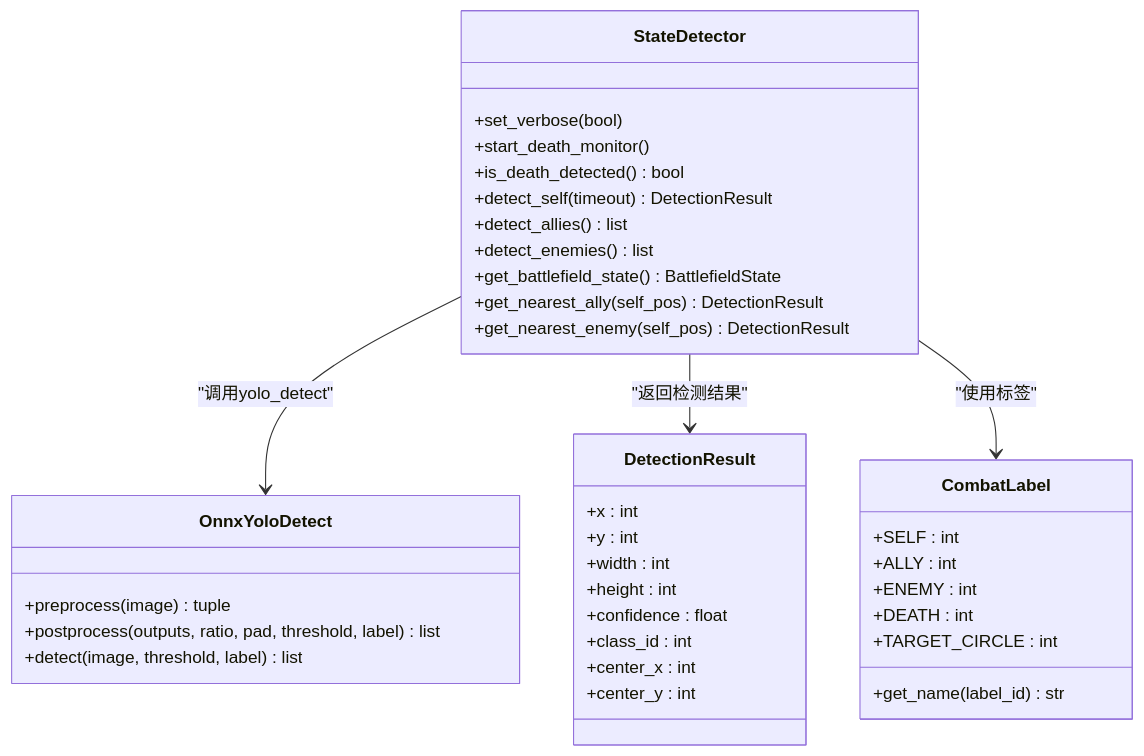
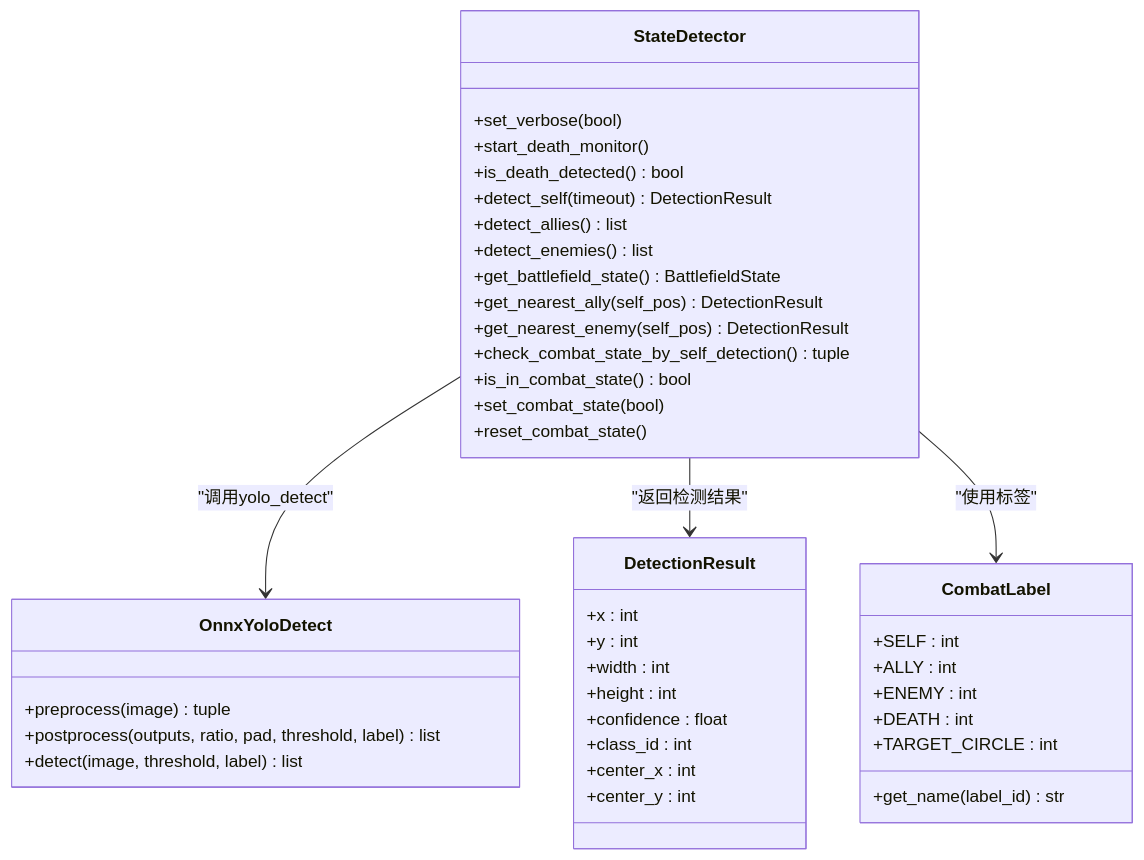
One commit to xsy098-max/ok-jump changed the third of 9 diagrams in .qoder/repowiki/zh/content/战斗系统/战斗系统.md. Above: the diagram before and after it, drawn with Mermaid. The commit also changed other lines of this file and 28 other files, not shown here.

````diff
--- a/.qoder/repowiki/zh/content/战斗系统/战斗系统.md
+++ b/.qoder/repowiki/zh/content/战斗系统/战斗系统.md
@@ -162,40 +167,44 @@
 ```mermaid
 classDiagram
 class StateDetector {
 +set_verbose(bool)
 +start_death_monitor()
 +is_death_detected() bool
 +detect_self(timeout) DetectionResult
 +detect_allies() list
 +detect_enemies() list
 +get_battlefield_state() BattlefieldState
 +get_nearest_ally(self_pos) DetectionResult
 +get_nearest_enemy(self_pos) DetectionResult
++check_combat_state_by_self_detection() tuple
++is_in_combat_state() bool
++set_combat_state(bool)
++reset_combat_state()
 }
 class OnnxYoloDetect {
 +preprocess(image) tuple
 +postprocess(outputs, ratio, pad, threshold, label) list
 +detect(image, threshold, label) list
 }
 class DetectionResult {
 +x : int
 +y : int
 +width : int
 +height : int
 +confidence : float
 +class_id : int
 +center_x : int
 +center_y : int
 }
 class CombatLabel {
 +SELF : int
 +ALLY : int
 +ENEMY : int
 +DEATH : int
 +TARGET_CIRCLE : int
 +get_name(label_id) str
 }
 StateDetector --> OnnxYoloDetect : "调用yolo_detect"
 StateDetector --> DetectionResult : "返回检测结果"
 StateDetector --> CombatLabel : "使用标签"
 ```
````
